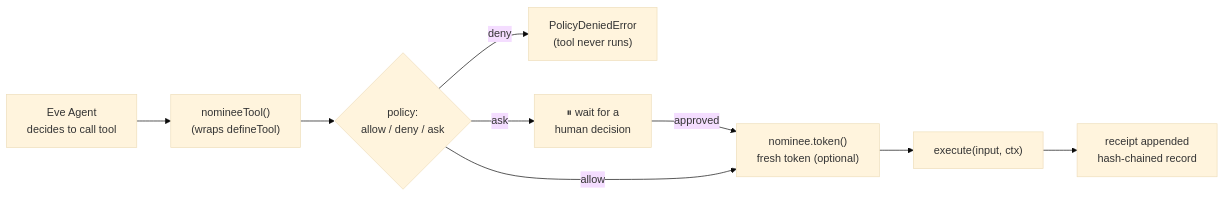
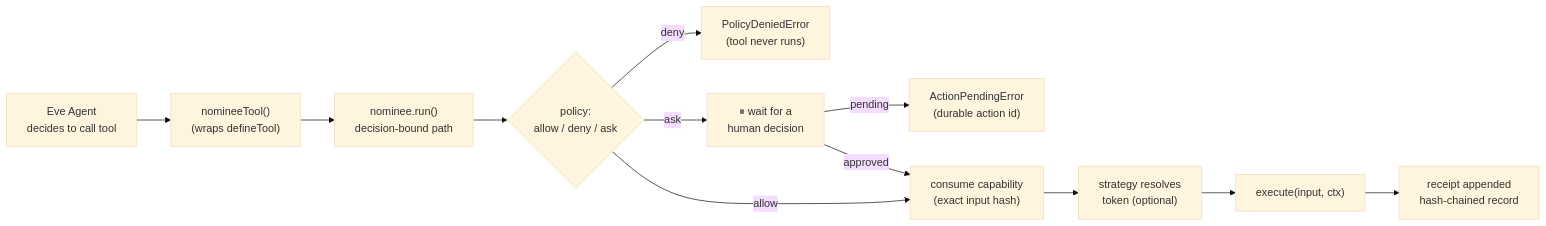
One commit to bharath31/nominee changed the diagram in packages/eve/README.md. Above: the diagram before and after it, drawn with Mermaid (base theme). The commit also changed other lines of this file and 21 other files, not shown here.

````diff
--- a/packages/eve/README.md
+++ b/packages/eve/README.md
@@ -30,11 +30,14 @@
 ```mermaid
 flowchart LR
     Agent["Eve Agent\ndecides to call tool"] --> T["nomineeTool()\n(wraps defineTool)"]
-    T --> P{"policy:\nallow / deny / ask"}
+    T --> RUN["nominee.run()\ndecision-bound path"]
+    RUN --> P{"policy:\nallow / deny / ask"}
     P -->|deny| X["PolicyDeniedError\n(tool never runs)"]
     P -->|ask| AP["⏸ wait for a\nhuman decision"]
-    AP -->|approved| TOK
-    P -->|allow| TOK["nominee.token()\nfresh token (optional)"]
+    AP -->|pending| APE["ActionPendingError\n(durable action id)"]
+    AP -->|approved| CAP["consume capability\n(exact input hash)"]
+    P -->|allow| CAP
+    CAP --> TOK["strategy resolves\ntoken (optional)"]
     TOK --> EX["execute(input, ctx)"]
     EX --> R["receipt appended\nhash-chained record"]
 ```
````
